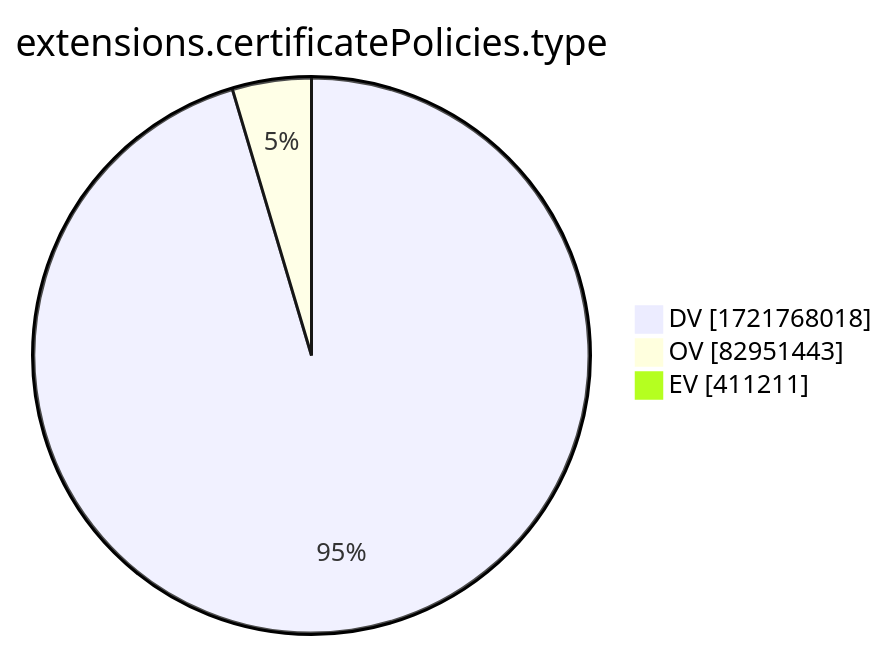
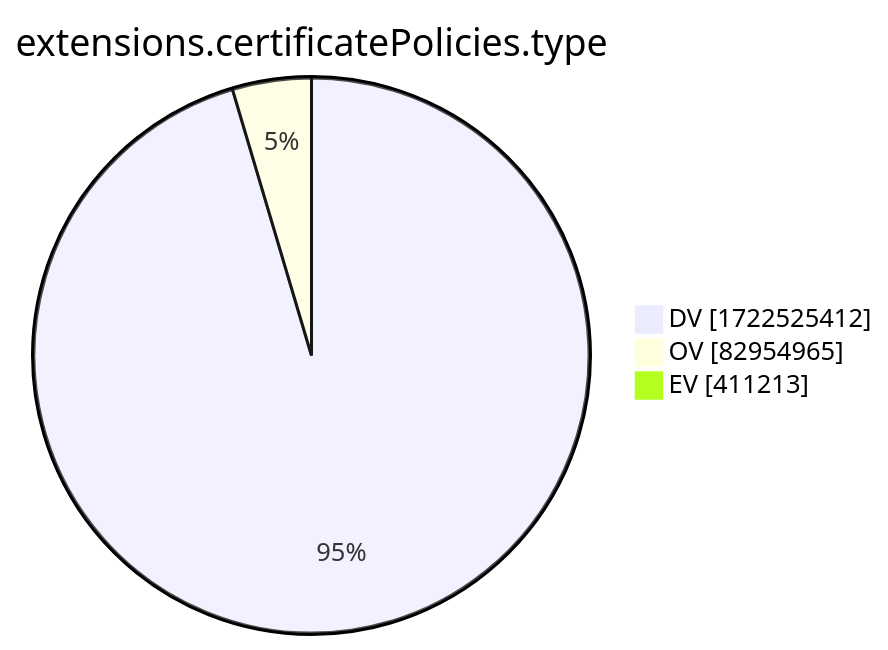
The tenth of 15 diagrams in xenon2022/README.md (christiankrug/ctmonitor_visualization), drawn with Mermaid before and after one commit. The commit also changed other lines of this file, not shown here.

````diff
--- a/xenon2022/README.md
+++ b/xenon2022/README.md
@@ -2881,7 +2881,7 @@
 ```mermaid
 pie showData
 title extensions.certificatePolicies.type
-"DV" :1721768018
-"OV" :82951443
-"EV" :411211
+"DV" :1722525412
+"OV" :82954965
+"EV" :411213
 ```
````
